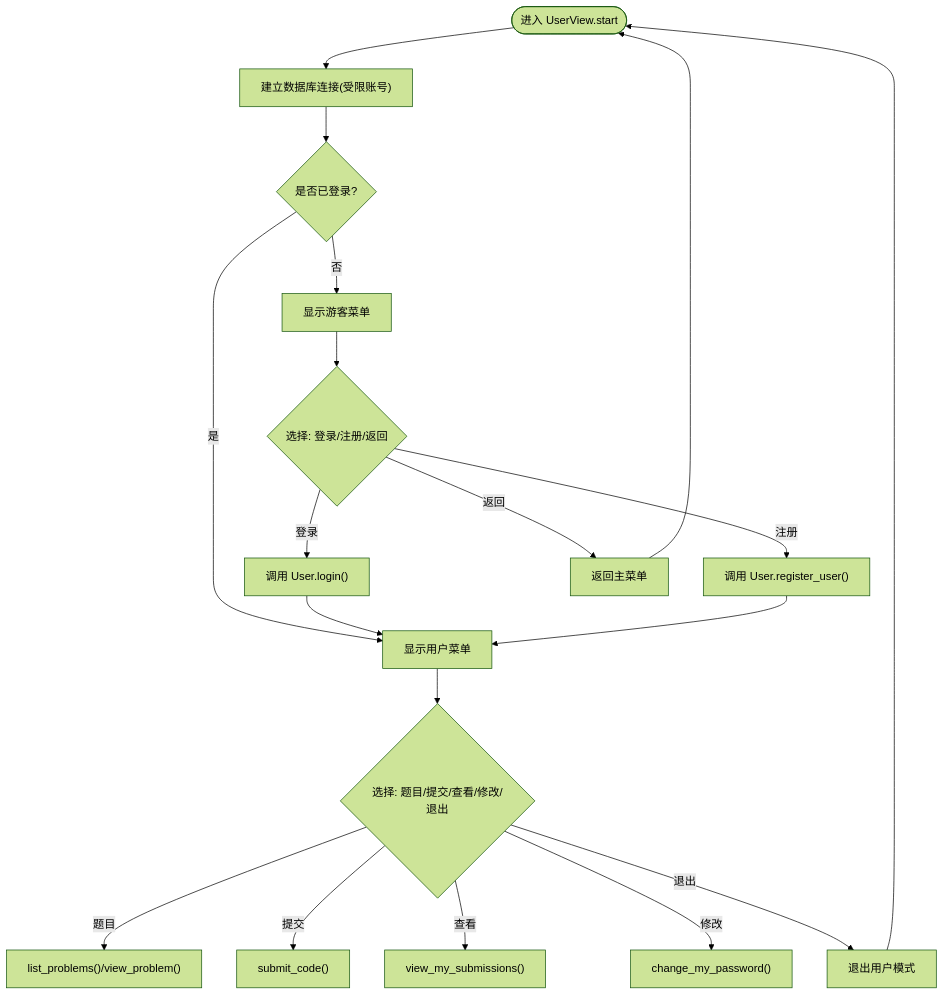
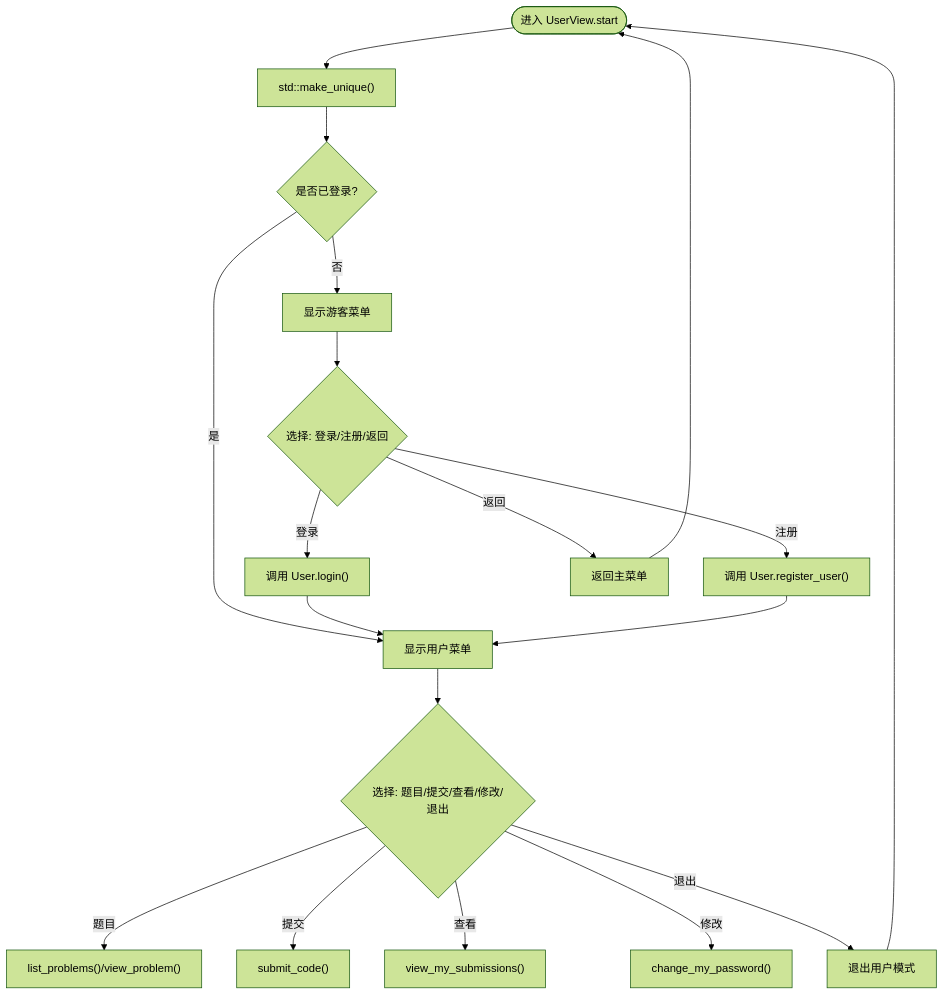
The sixth of 7 diagrams in .qoder/repowiki/zh/content/系统架构设计/系统架构设计.md (jinpeng900/OJ-Test), drawn with Mermaid (forest theme) before and after one commit. The commit also changed other lines of this file and 44 other files, not shown here.

````diff
--- a/.qoder/repowiki/zh/content/系统架构设计/系统架构设计.md
+++ b/.qoder/repowiki/zh/content/系统架构设计/系统架构设计.md
@@ -236,21 +258,21 @@
 ```mermaid
 flowchart TD
-Start(["进入 UserView.start"]) --> Conn["建立数据库连接(受限账号)"]
+Start(["进入 UserView.start"]) --> Conn["std::make_unique<DatabaseManager>()"]
 Conn --> LoggedIn{"是否已登录?"}
 LoggedIn --> |否| Guest["显示游客菜单"]
 Guest --> ChoiceGuest{"选择: 登录/注册/返回"}
 ChoiceGuest --> |登录| Login["调用 User.login()"]
 ChoiceGuest --> |注册| Register["调用 User.register_user()"]
 ChoiceGuest --> |返回| Back["返回主菜单"]
 LoggedIn --> |是| UserMenu["显示用户菜单"]
 UserMenu --> ChoiceUser{"选择: 题目/提交/查看/修改/退出"}
 ChoiceUser --> |题目| List["list_problems()/view_problem()"]
 ChoiceUser --> |提交| Submit["submit_code()"]
 ChoiceUser --> |查看| Subs["view_my_submissions()"]
 ChoiceUser --> |修改| ChangePwd["change_my_password()"]
 ChoiceUser --> |退出| Logout["退出用户模式"]
 Login --> UserMenu
 Register --> UserMenu
 Back --> Start
 Logout --> Start
 ```
````
